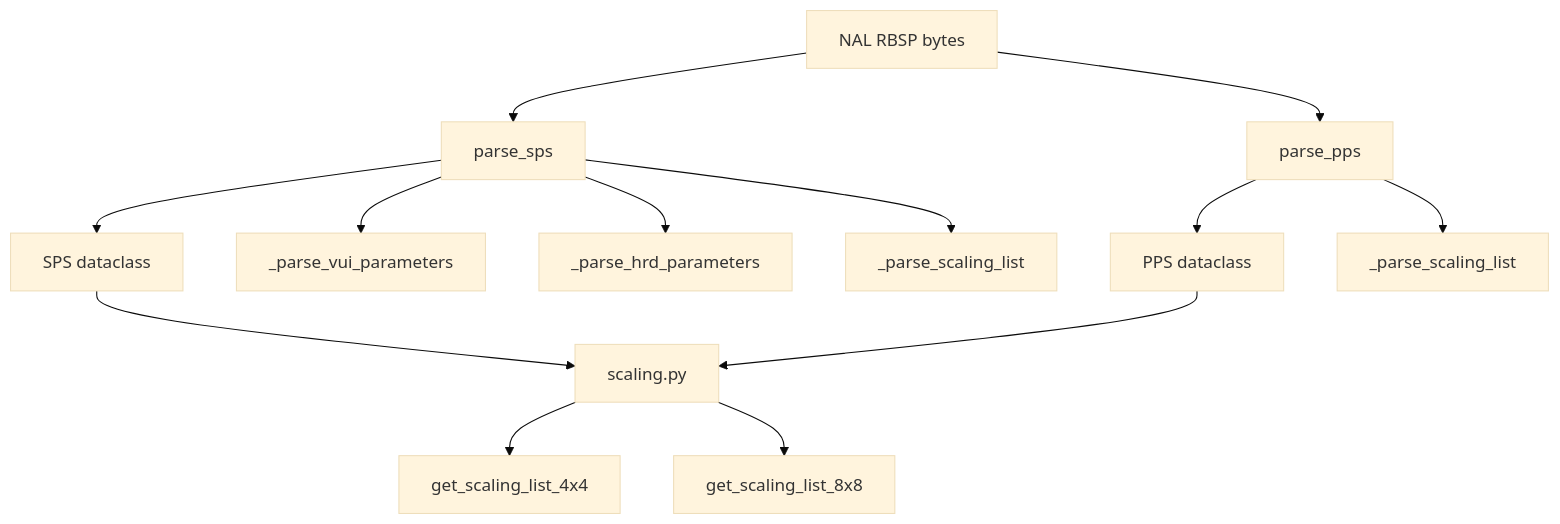
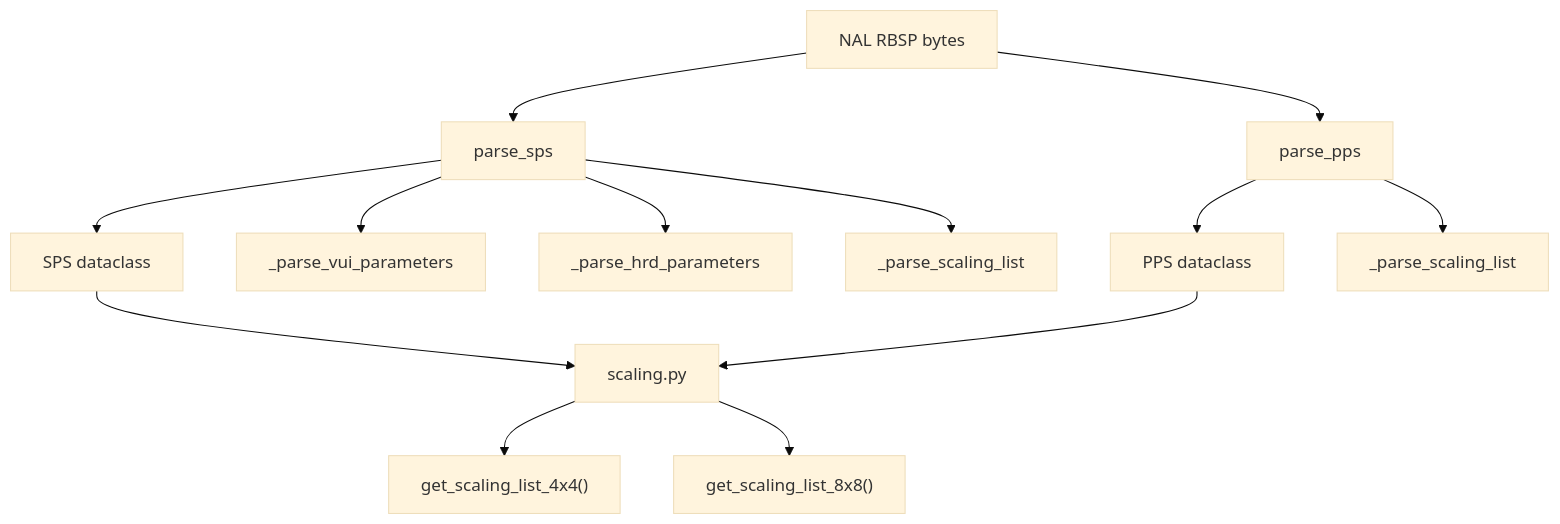
Before and after one commit to abhiksark/python-h264-scratch: the fourth of 4 diagrams in parameters/README.md, drawn with Mermaid (base theme). The commit also changed other lines of this file and 13 other files, not shown here.

````diff
--- a/parameters/README.md
+++ b/parameters/README.md
@@ -29,15 +153,15 @@
 ```mermaid
 flowchart TD
     RBSP[NAL RBSP bytes] --> PS[parse_sps]
     RBSP --> PP[parse_pps]
     PS --> SPS["SPS dataclass"]
     PP --> PPS["PPS dataclass"]
     PS --> VUI[_parse_vui_parameters]
     PS --> HRD[_parse_hrd_parameters]
     PS --> SL1[_parse_scaling_list]
     PP --> SL2[_parse_scaling_list]
     SPS --> SC[scaling.py]
     PPS --> SC
-    SC --> SL4["get_scaling_list_4x4"]
-    SC --> SL8["get_scaling_list_8x8"]
+    SC --> SL4["get_scaling_list_4x4()"]
+    SC --> SL8["get_scaling_list_8x8()"]
 ```
````
